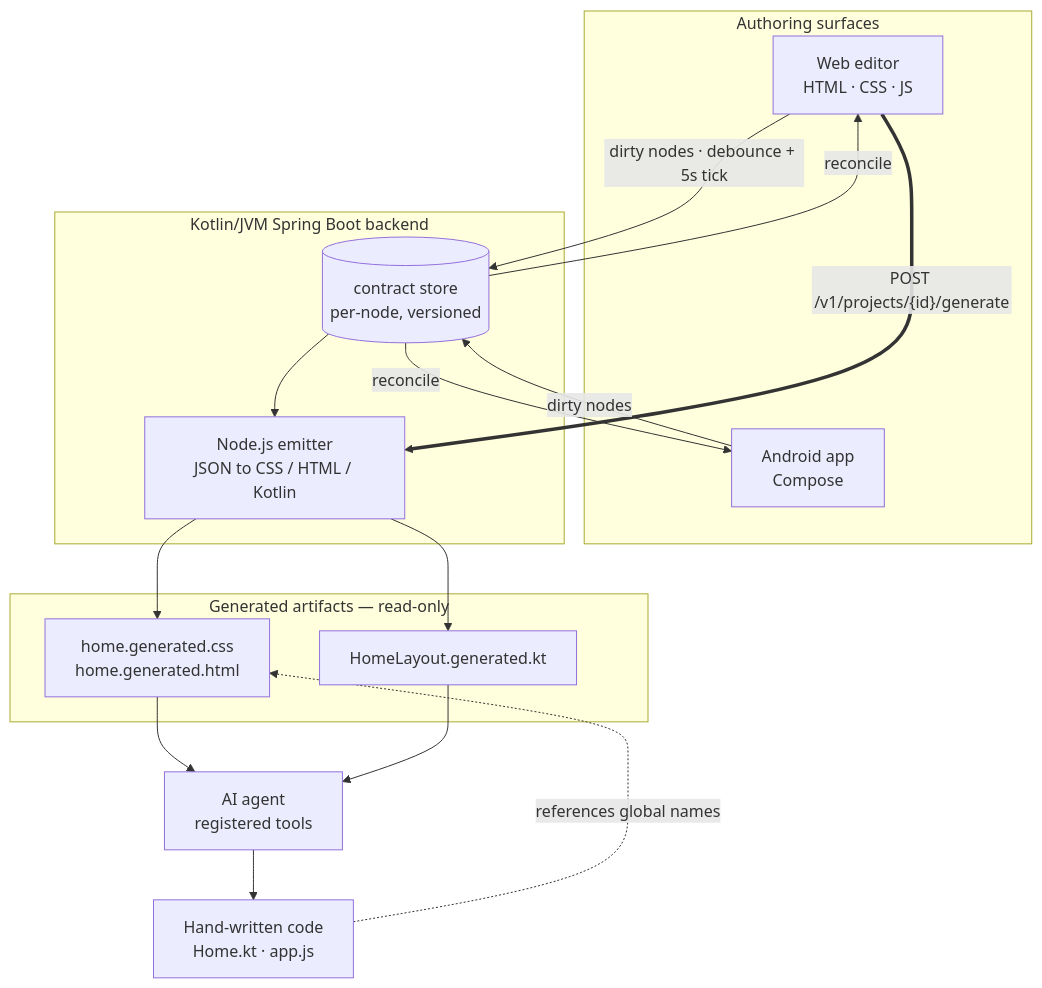
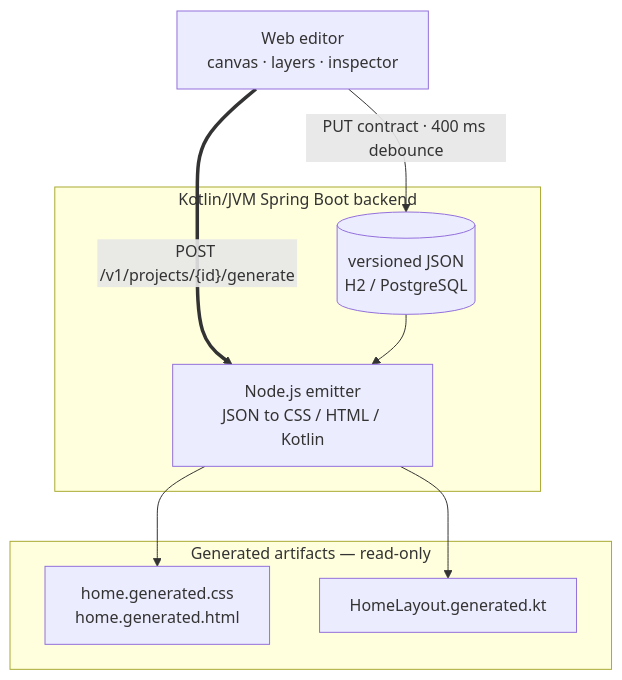
Before and after one commit to JuneKim0007/IKK: the first of 2 diagrams in README.md, drawn with Mermaid. The commit also changed other lines of this file and 10 other files, not shown here.

````diff
--- a/README.md
+++ b/README.md
@@ -55,34 +93,20 @@
 ```mermaid
 flowchart TB
-    subgraph edit["Authoring surfaces"]
-        WEB["Web editor<br/>HTML · CSS · JS"]
-        AND["Android app<br/>Compose"]
-    end
+    WEB["Web editor<br/>canvas · layers · inspector"]
 
     subgraph srv["Kotlin/JVM Spring Boot backend"]
-        CONTRACT[("contract store<br/>per-node, versioned")]
+        CONTRACT[("versioned JSON<br/>H2 / PostgreSQL")]
         GEN["Node.js emitter<br/>JSON to CSS / HTML / Kotlin"]
     end
 
     subgraph out["Generated artifacts — read-only"]
         CSS["home.generated.css<br/>home.generated.html"]
         KT["HomeLayout.generated.kt"]
     end
 
-    AGENT["AI agent<br/>registered tools"]
-    HAND["Hand-written code<br/>Home.kt · app.js"]
-
-    WEB -- "dirty nodes · debounce + 5s tick" --> CONTRACT
-    CONTRACT -- "reconcile" --> WEB
-    AND -- "dirty nodes" --> CONTRACT
-    CONTRACT -- "reconcile" --> AND
-
+    WEB -- "PUT contract · 400 ms debounce" --> CONTRACT
     WEB == "POST /v1/projects/{id}/generate" ==> GEN
     CONTRACT --> GEN
     GEN --> CSS
     GEN --> KT
-    CSS --> AGENT
-    KT --> AGENT
-    AGENT --> HAND
-    HAND -. "references global names" .-> CSS
 ```
````
